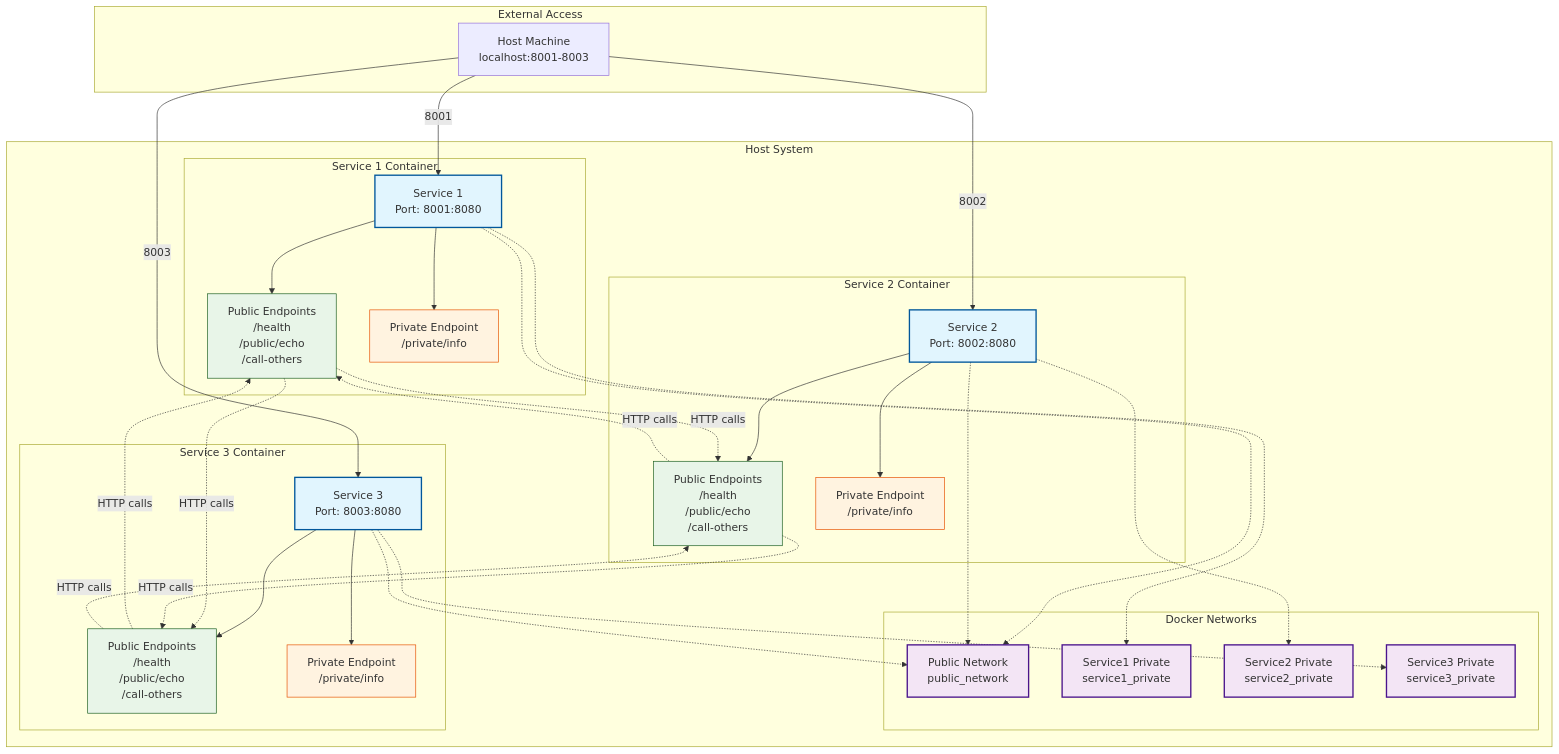
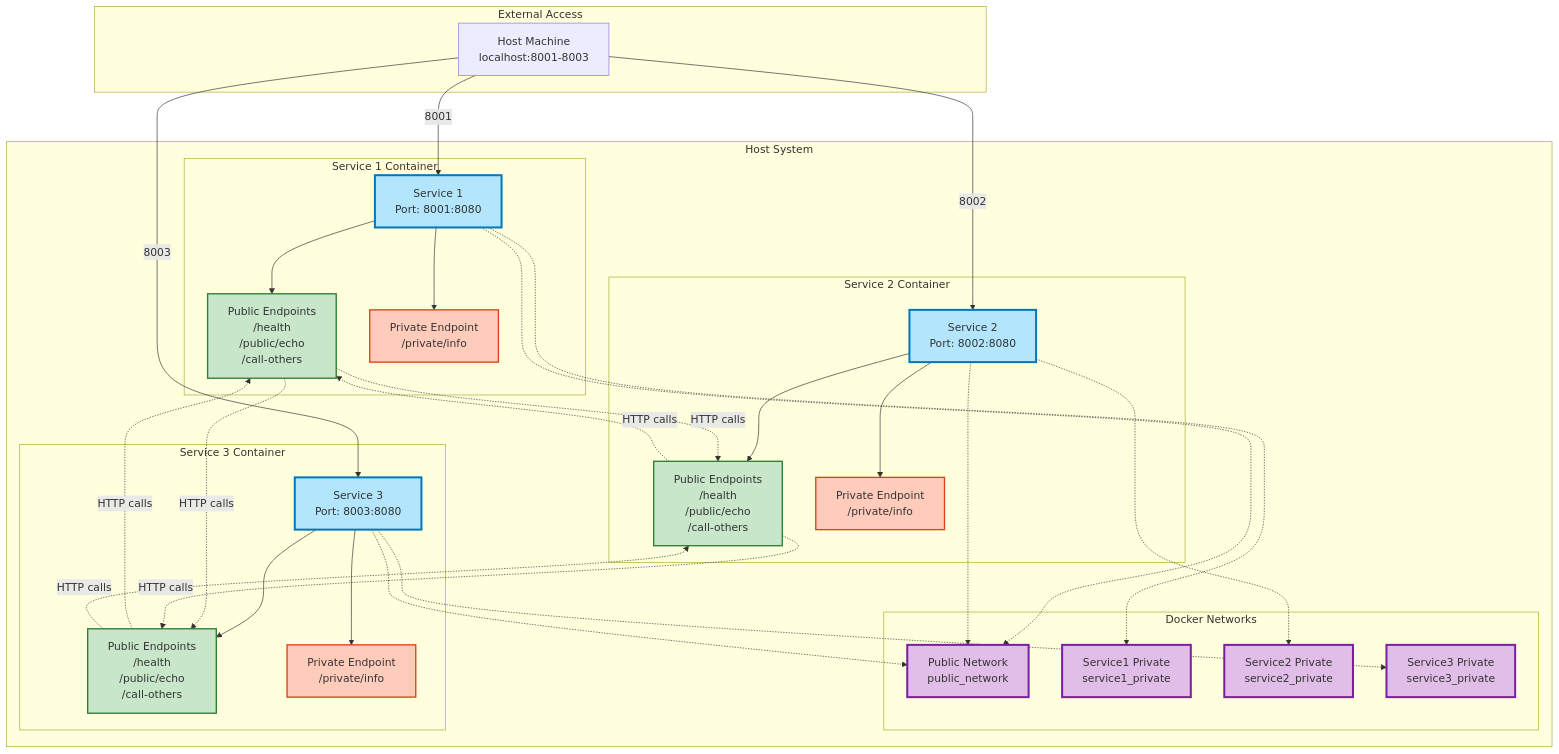
Before and after one commit to thara/docker-compose-network-playground: the diagram in README.md, drawn with Mermaid.

Commit message:
docs: improve Mermaid diagram visibility with better colors and stroke width
- Increase stroke width from 1-2px to 2-3px for better visibility
- Use higher contrast colors with darker fills and stronger borders
- Maintain color coding scheme but with more readable contrast
- Improve accessibility and readability across different displays

🤖 Generated with [Claude Code](https://claude.ai/code)

````diff
--- a/README.md
+++ b/README.md
@@ -16,72 +16,72 @@
 ```mermaid
 graph TB
     subgraph "Host System"
         subgraph "Docker Networks"
             PN[Public Network<br/>public_network]
             SP1[Service1 Private<br/>service1_private]
             SP2[Service2 Private<br/>service2_private]
             SP3[Service3 Private<br/>service3_private]
         end
         
         subgraph "Service 1 Container"
             S1[Service 1<br/>Port: 8001:8080]
             S1PE[Public Endpoints<br/>/health<br/>/public/echo<br/>/call-others]
             S1PV[Private Endpoint<br/>/private/info]
             S1 --> S1PE
             S1 --> S1PV
         end
         
         subgraph "Service 2 Container"
             S2[Service 2<br/>Port: 8002:8080]
             S2PE[Public Endpoints<br/>/health<br/>/public/echo<br/>/call-others]
             S2PV[Private Endpoint<br/>/private/info]
             S2 --> S2PE
             S2 --> S2PV
         end
         
         subgraph "Service 3 Container"
             S3[Service 3<br/>Port: 8003:8080]
             S3PE[Public Endpoints<br/>/health<br/>/public/echo<br/>/call-others]
             S3PV[Private Endpoint<br/>/private/info]
             S3 --> S3PE
             S3 --> S3PV
         end
     end
     
     subgraph "External Access"
         HOST[Host Machine<br/>localhost:8001-8003]
     end
     
     %% Network connections
     S1 -.-> PN
     S2 -.-> PN
     S3 -.-> PN
     
     S1 -.-> SP1
     S2 -.-> SP2
     S3 -.-> SP3
     
     %% Inter-service communication
     S1PE -.->|HTTP calls| S2PE
     S1PE -.->|HTTP calls| S3PE
     S2PE -.->|HTTP calls| S1PE
     S2PE -.->|HTTP calls| S3PE
     S3PE -.->|HTTP calls| S1PE
     S3PE -.->|HTTP calls| S2PE
     
     %% Host access
     HOST -->|8001| S1
     HOST -->|8002| S2
     HOST -->|8003| S3
     
     %% Styling
-    classDef serviceBox fill:#e1f5fe,stroke:#01579b,stroke-width:2px
-    classDef networkBox fill:#f3e5f5,stroke:#4a148c,stroke-width:2px
-    classDef endpointBox fill:#e8f5e8,stroke:#1b5e20,stroke-width:1px
-    classDef privateBox fill:#fff3e0,stroke:#e65100,stroke-width:1px
+    classDef serviceBox fill:#b3e5fc,stroke:#0277bd,stroke-width:3px
+    classDef networkBox fill:#e1bee7,stroke:#7b1fa2,stroke-width:3px
+    classDef endpointBox fill:#c8e6c9,stroke:#2e7d32,stroke-width:2px
+    classDef privateBox fill:#ffccbc,stroke:#d84315,stroke-width:2px
     
     class S1,S2,S3 serviceBox
     class PN,SP1,SP2,SP3 networkBox
     class S1PE,S2PE,S3PE endpointBox
     class S1PV,S2PV,S3PV privateBox
 ```
````
